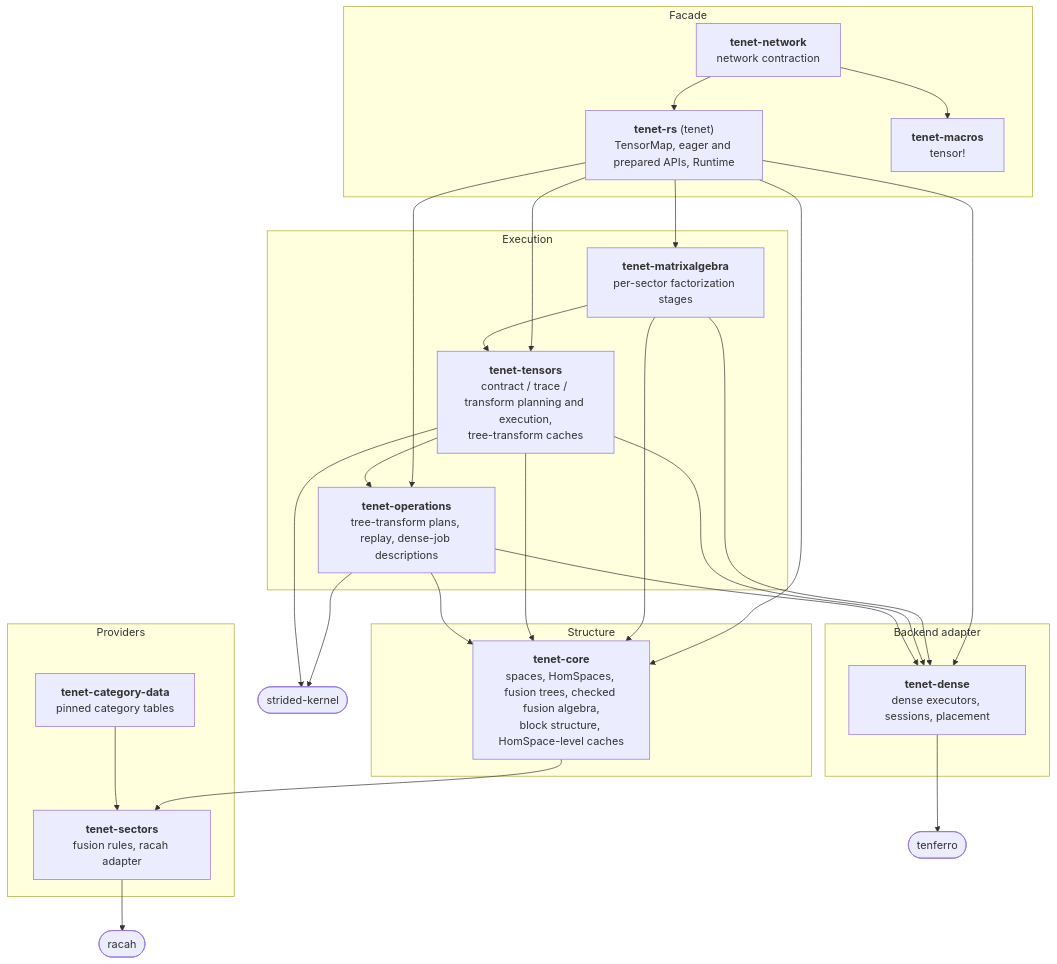
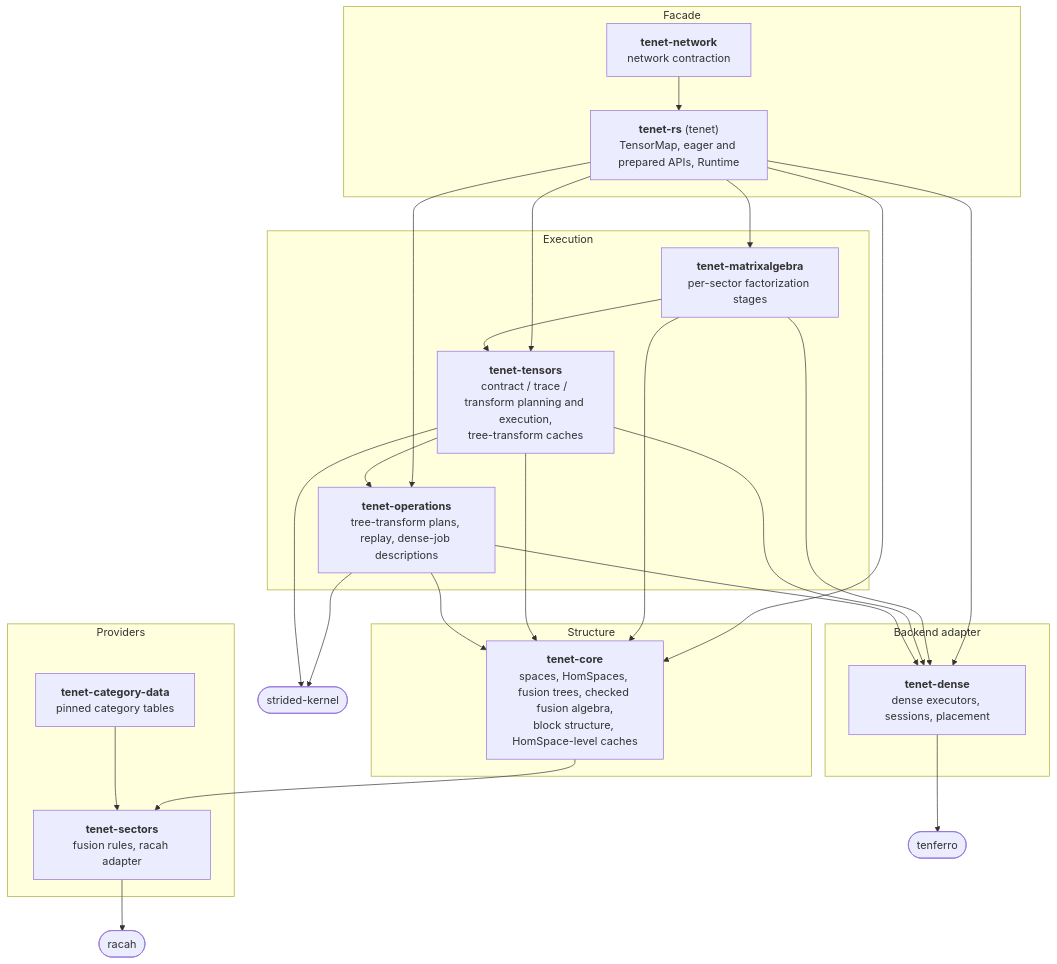
One commit to Ryo-wtnb11/TeNeT changed the second of 2 diagrams in docs/layering.md. Above: the diagram before and after it, drawn with Mermaid. The commit also changed other lines of this file and 24 other files, not shown here.

````diff
--- a/docs/layering.md
+++ b/docs/layering.md
@@ -177,45 +177,43 @@
 ```mermaid
 flowchart TB
     subgraph facade["Facade"]
         RS["<b>tenet-rs</b> (tenet)<br/>TensorMap, eager and prepared APIs, Runtime"]
         NET["<b>tenet-network</b><br/>network contraction"]
-        MAC["<b>tenet-macros</b><br/>tensor!"]
     end
     subgraph exec["Execution"]
         MA["<b>tenet-matrixalgebra</b><br/>per-sector factorization stages"]
         TT["<b>tenet-tensors</b><br/>contract / trace / transform planning and execution,<br/>tree-transform caches"]
         OP["<b>tenet-operations</b><br/>tree-transform plans, replay, dense-job descriptions"]
     end
     subgraph structure["Structure"]
         CORE["<b>tenet-core</b><br/>spaces, HomSpaces, fusion trees, checked fusion algebra,<br/>block structure, HomSpace-level caches"]
     end
     subgraph provider["Providers"]
         SEC["<b>tenet-sectors</b><br/>fusion rules, racah adapter"]
         CAT["<b>tenet-category-data</b><br/>pinned category tables"]
     end
     subgraph backend["Backend adapter"]
         DENSE["<b>tenet-dense</b><br/>dense executors, sessions, placement"]
     end
 
     NET --> RS
-    NET --> MAC
     RS --> MA
     RS --> TT
     RS --> OP
     RS --> CORE
     RS --> DENSE
     MA --> TT
     MA --> CORE
     MA --> DENSE
     TT --> OP
     TT --> CORE
     TT --> DENSE
     OP --> CORE
     OP --> DENSE
     CORE --> SEC
     CAT --> SEC
     SEC --> RACAH(["racah"])
     DENSE --> TF(["tenferro"])
     OP --> STR(["strided-kernel"])
     TT --> STR
 ```
````
